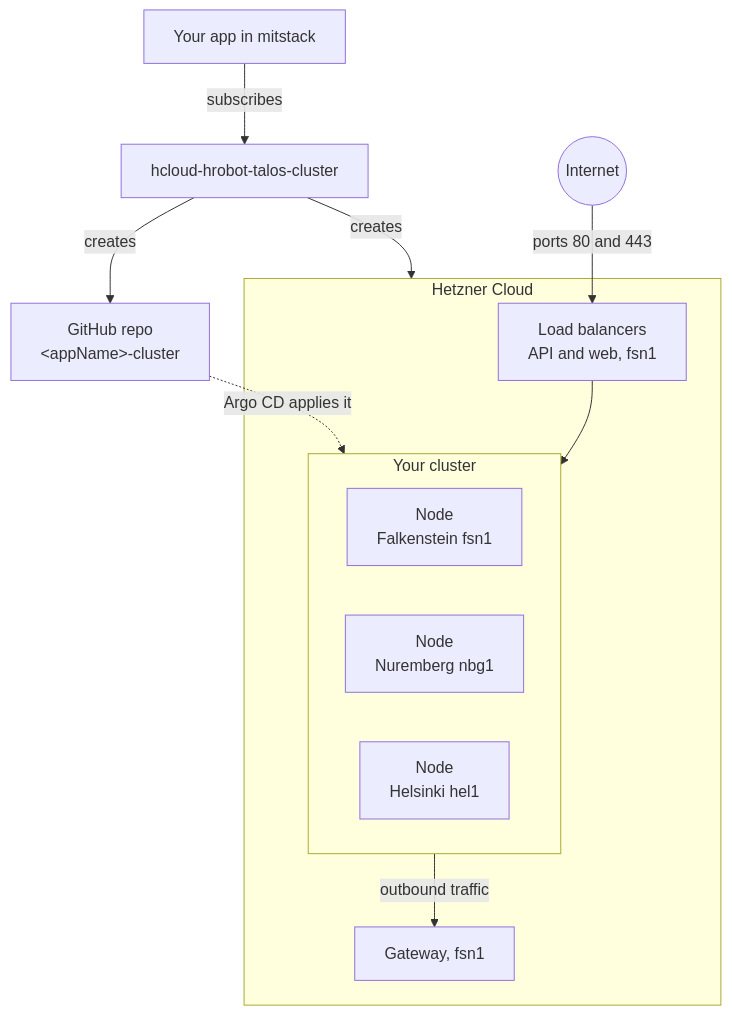
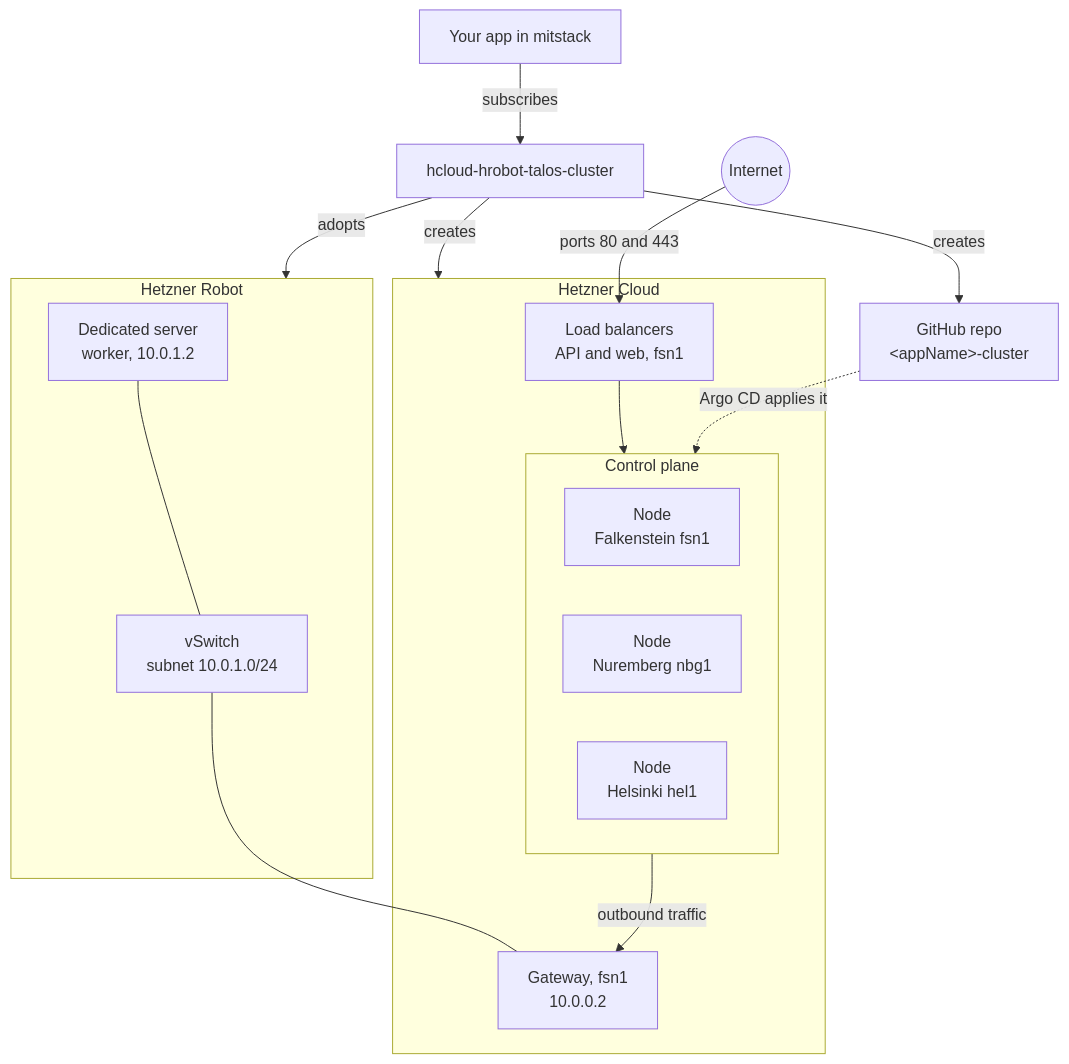
The first of 2 diagrams in README.md (mitstack-eu/hcloud-hrobot-talos-cluster), drawn with Mermaid before and after one commit. The commit also changed other lines of this file and 42 other files, not shown here.

First line of the commit message:
MIT-5348: hcloud-hrobot-talos-cluster 0.2.0 builds its control plane from talos-cluster-kit and installs an adopted Robot server as its worker (#3)

````diff
--- a/README.md
+++ b/README.md
@@ -21,20 +25,27 @@
 ```mermaid
 flowchart TD
     app["Your app in mitstack"] -- "subscribes" --> block["hcloud-hrobot-talos-cluster"]
     block -- "creates" --> repo["GitHub repo<br/>#lt;appName#gt;-cluster"]
     block -- "creates" --> hetzner
+    block -- "adopts" --> robot
     subgraph hetzner["Hetzner Cloud"]
         lb["Load balancers<br/>API and web, fsn1"]
-        subgraph cluster["Your cluster"]
+        subgraph cluster["Control plane"]
             direction LR
             n1["Node<br/>Falkenstein fsn1"]
             n2["Node<br/>Nuremberg nbg1"]
             n3["Node<br/>Helsinki hel1"]
         end
-        gw["Gateway, fsn1"]
+        gw["Gateway, fsn1<br/>10.0.0.2"]
+    end
+    subgraph robot["Hetzner Robot"]
+        vs["vSwitch<br/>subnet 10.0.1.0/24"]
+        worker["Dedicated server<br/>worker, 10.0.1.2"]
     end
     web(("Internet")) -- "ports 80 and 443" --> lb
     lb --> cluster
     cluster -- "outbound traffic" --> gw
+    worker --- vs
+    vs --- gw
     repo -. "Argo CD applies it" .-> cluster
 ```
````
